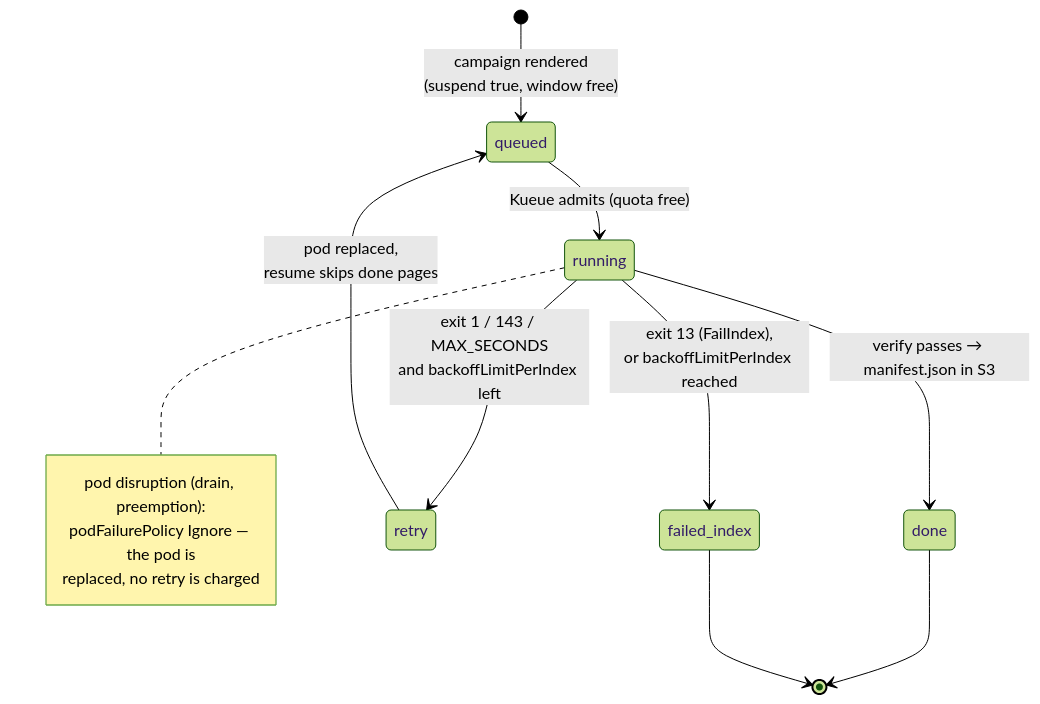
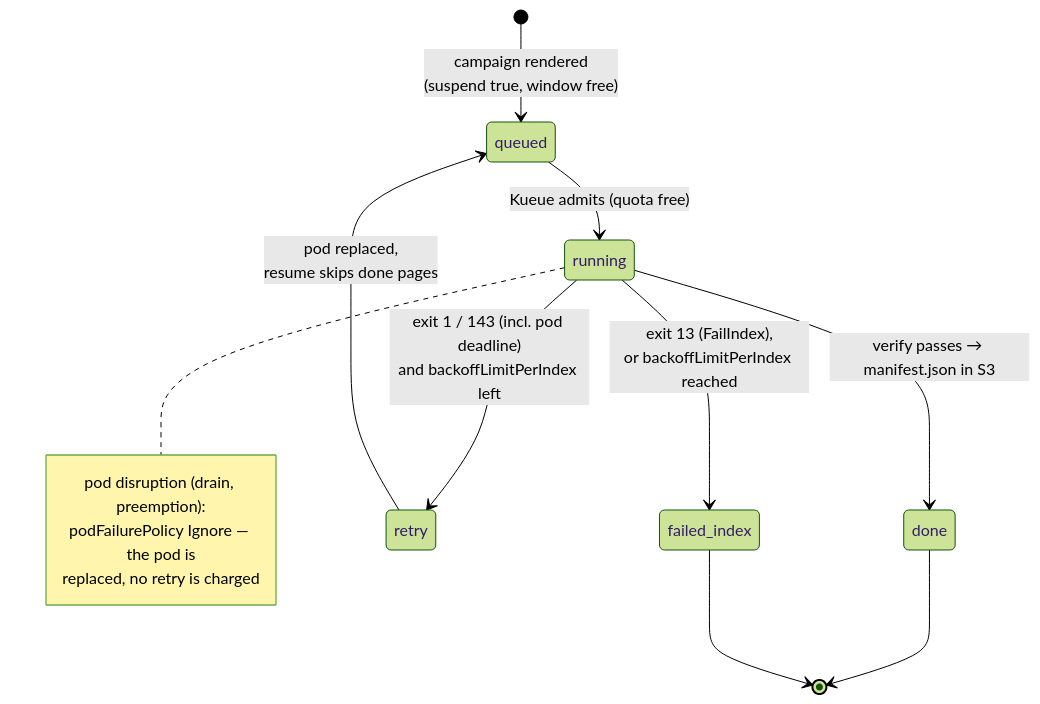
Before and after one commit to AI-Riksarkivet/htrflow-batch: the diagram in docs/how-it-works/failure-handling.md, drawn with Mermaid (forest theme). The commit also changed other lines of this file and 16 other files, not shown here.

````diff
--- a/docs/how-it-works/failure-handling.md
+++ b/docs/how-it-works/failure-handling.md
@@ -10,16 +11,16 @@
 ```mermaid
 stateDiagram-v2
     [*] --> queued: campaign rendered<br/>(suspend true, window free)
     queued --> running: Kueue admits (quota free)
     running --> done: verify passes → manifest.json in S3
-    running --> retry: exit 1 / 143 / MAX_SECONDS<br/>and backoffLimitPerIndex left
+    running --> retry: exit 1 / 143 (incl. pod deadline)<br/>and backoffLimitPerIndex left
     running --> failed_index: exit 13 (FailIndex),<br/>or backoffLimitPerIndex reached
     retry --> queued: pod replaced,<br/>resume skips done pages
     done --> [*]
     failed_index --> [*]
     note right of running
         pod disruption (drain, preemption):
         podFailurePolicy Ignore — the pod is
         replaced, no retry is charged
     end note
 ```
````
